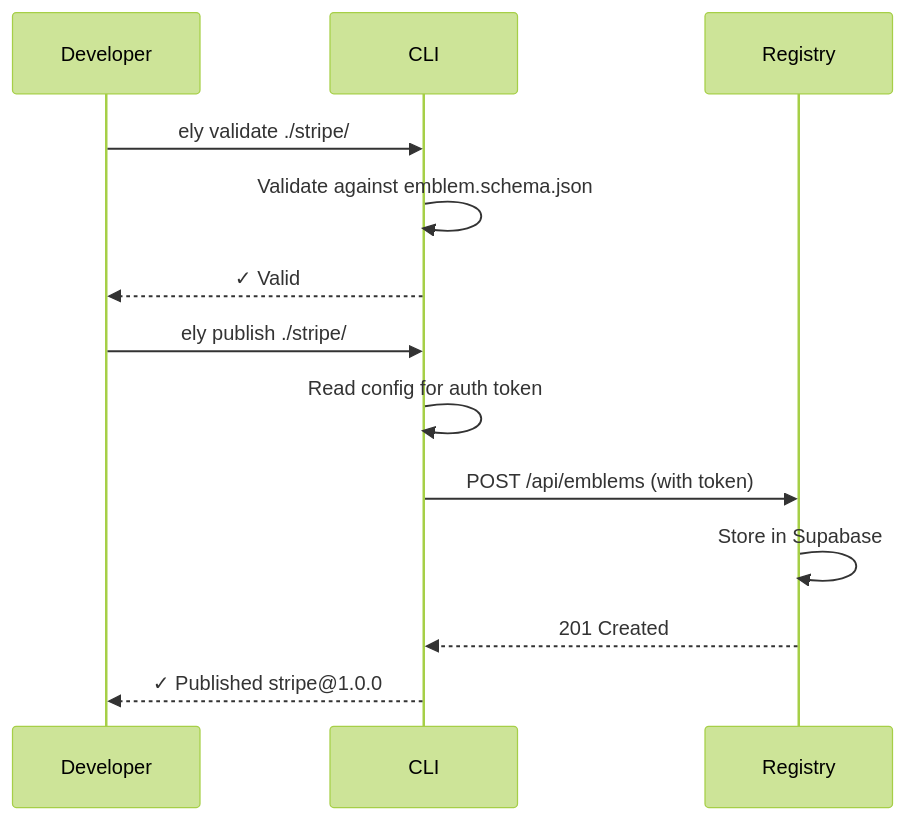
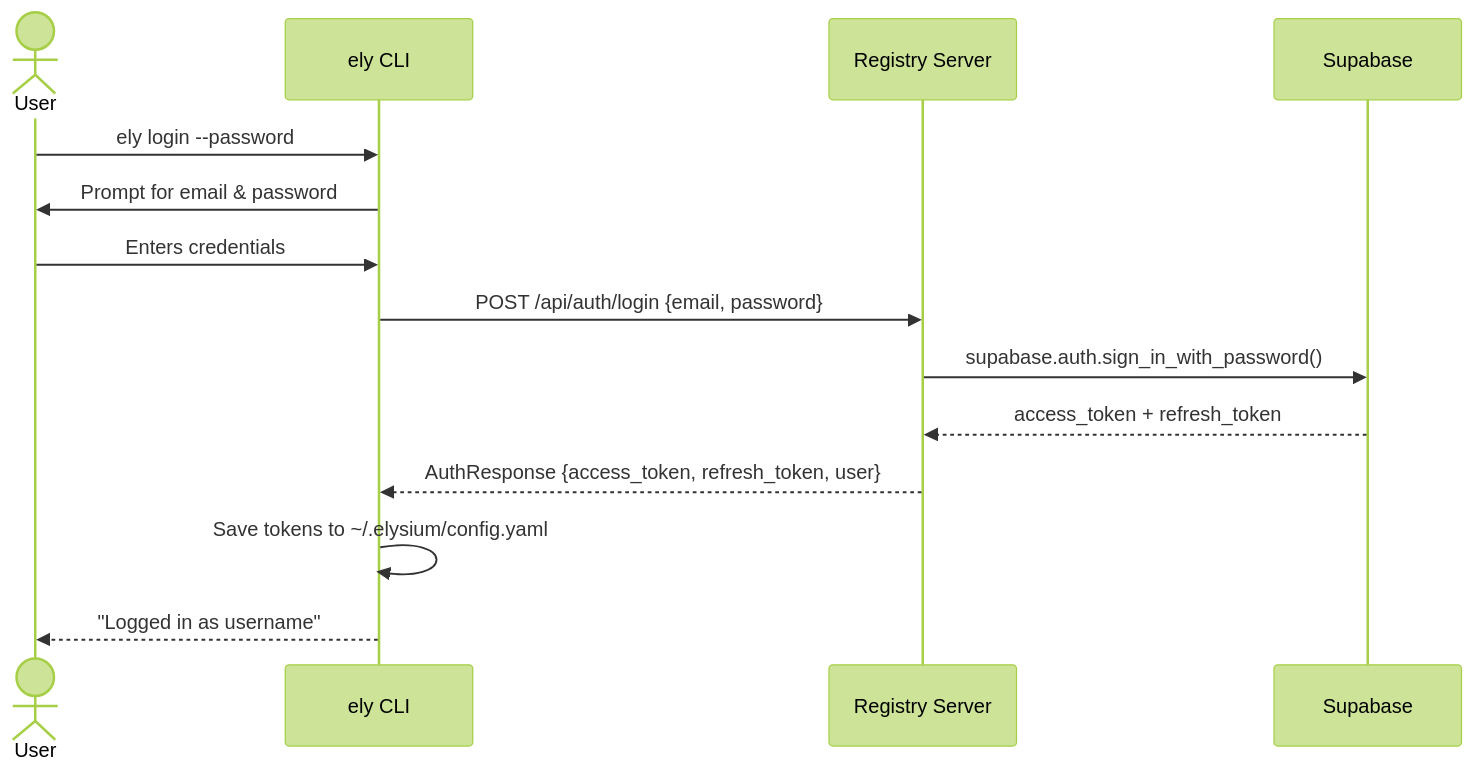
Before and after one commit to Lo10Th/Elysium: the eighth of 11 diagrams in docs/ARCHITECTURE.md, drawn with Mermaid (forest theme). The commit also changed other lines of this file, not shown here.

Commit message:
docs: rewrite ARCHITECTURE.md with 11 Mermaid diagrams

````diff
--- a/docs/ARCHITECTURE.md
+++ b/docs/ARCHITECTURE.md
@@ -216,17 +370,17 @@
 ```mermaid
 sequenceDiagram
-    participant Developer
-    participant CLI
-    participant Registry
+    actor User
+    participant CLI as ely CLI
+    participant Server as Registry Server
+    participant Supabase
 
-    Developer->>CLI: ely validate ./stripe/
-    CLI->>CLI: Validate against emblem.schema.json
-    CLI-->>Developer: ✓ Valid
-
-    Developer->>CLI: ely publish ./stripe/
-    CLI->>CLI: Read config for auth token
-    CLI->>Registry: POST /api/emblems (with token)
-    Registry->>Registry: Store in Supabase
-    Registry-->>CLI: 201 Created
-    CLI-->>Developer: ✓ Published stripe@1.0.0
+    User->>CLI: ely login --password
+    CLI->>User: Prompt for email & password
+    User->>CLI: Enters credentials
+    CLI->>Server: POST /api/auth/login {email, password}
+    Server->>Supabase: supabase.auth.sign_in_with_password()
+    Supabase-->>Server: access_token + refresh_token
+    Server-->>CLI: AuthResponse {access_token, refresh_token, user}
+    CLI->>CLI: Save tokens to ~/.elysium/config.yaml
+    CLI-->>User: "Logged in as username"
 ```
````
